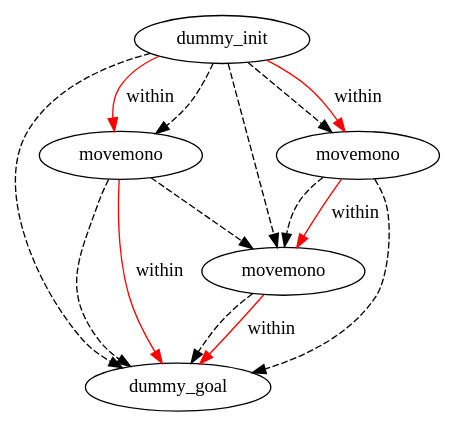
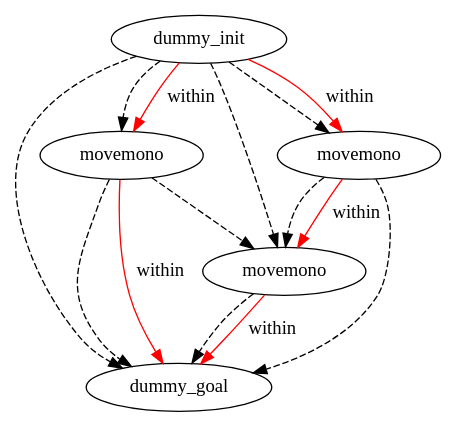
One commit to PetervDooren/PyDPOCL changed the diagram in plans/manipulation-domain/test_63_problem-plan_0.dot. Above: the diagram before and after it, drawn with Graphviz. The commit also changed 590 other files, not shown here.

```diff
--- a/plans/manipulation-domain/test_63_problem-plan_0.dot
+++ b/plans/manipulation-domain/test_63_problem-plan_0.dot
@@ -1,21 +1,21 @@
 digraph {
-	"c3cccb6d-f07a-f3f2-bf56-4782a1a14bfe" [label=dummy_init]
-	"4011d4cf-93f5-a46c-c2d0-ea5fadbea49e" [label=dummy_goal]
-	"5a02e12a-50c6-2ade-b3dc-bf2061496724" [label=movemono]
-	"93ac57ac-f6d0-d0c8-c58c-3673eff4fec9" [label=movemono]
-	"d51f1028-23a4-8149-49d8-38e00eb2d09f" [label=movemono]
-	"c3cccb6d-f07a-f3f2-bf56-4782a1a14bfe" -> "d51f1028-23a4-8149-49d8-38e00eb2d09f" [color=black style=dashed]
-	"c3cccb6d-f07a-f3f2-bf56-4782a1a14bfe" -> "5a02e12a-50c6-2ade-b3dc-bf2061496724" [color=black style=dashed]
-	"c3cccb6d-f07a-f3f2-bf56-4782a1a14bfe" -> "93ac57ac-f6d0-d0c8-c58c-3673eff4fec9" [color=black style=dashed]
-	"c3cccb6d-f07a-f3f2-bf56-4782a1a14bfe" -> "4011d4cf-93f5-a46c-c2d0-ea5fadbea49e" [color=black style=dashed]
-	"d51f1028-23a4-8149-49d8-38e00eb2d09f" -> "5a02e12a-50c6-2ade-b3dc-bf2061496724" [color=black style=dashed]
-	"d51f1028-23a4-8149-49d8-38e00eb2d09f" -> "4011d4cf-93f5-a46c-c2d0-ea5fadbea49e" [color=black style=dashed]
-	"93ac57ac-f6d0-d0c8-c58c-3673eff4fec9" -> "5a02e12a-50c6-2ade-b3dc-bf2061496724" [color=black style=dashed]
-	"93ac57ac-f6d0-d0c8-c58c-3673eff4fec9" -> "4011d4cf-93f5-a46c-c2d0-ea5fadbea49e" [color=black style=dashed]
-	"5a02e12a-50c6-2ade-b3dc-bf2061496724" -> "4011d4cf-93f5-a46c-c2d0-ea5fadbea49e" [color=black style=dashed]
-	"5a02e12a-50c6-2ade-b3dc-bf2061496724" -> "4011d4cf-93f5-a46c-c2d0-ea5fadbea49e" [label=within color=red]
-	"d51f1028-23a4-8149-49d8-38e00eb2d09f" -> "5a02e12a-50c6-2ade-b3dc-bf2061496724" [label=within color=red]
-	"c3cccb6d-f07a-f3f2-bf56-4782a1a14bfe" -> "d51f1028-23a4-8149-49d8-38e00eb2d09f" [label=within color=red]
-	"93ac57ac-f6d0-d0c8-c58c-3673eff4fec9" -> "4011d4cf-93f5-a46c-c2d0-ea5fadbea49e" [label=within color=red]
-	"c3cccb6d-f07a-f3f2-bf56-4782a1a14bfe" -> "93ac57ac-f6d0-d0c8-c58c-3673eff4fec9" [label=within color=red]
+	"cc48e730-b94b-428d-f3fa-0bef58ef1640" [label=dummy_init]
+	"e7afb1ef-a459-3a16-7662-9b28c90360db" [label=dummy_goal]
+	"36811afc-7b40-3586-d997-26f05d3ae178" [label=movemono]
+	"77b73f4f-6e96-d617-6da3-464ff217589a" [label=movemono]
+	"78f55528-530b-ff95-67e8-bd8a309e7c75" [label=movemono]
+	"36811afc-7b40-3586-d997-26f05d3ae178" -> "77b73f4f-6e96-d617-6da3-464ff217589a" [color=black style=dashed]
+	"78f55528-530b-ff95-67e8-bd8a309e7c75" -> "77b73f4f-6e96-d617-6da3-464ff217589a" [color=black style=dashed]
+	"cc48e730-b94b-428d-f3fa-0bef58ef1640" -> "e7afb1ef-a459-3a16-7662-9b28c90360db" [color=black style=dashed]
+	"cc48e730-b94b-428d-f3fa-0bef58ef1640" -> "36811afc-7b40-3586-d997-26f05d3ae178" [color=black style=dashed]
+	"cc48e730-b94b-428d-f3fa-0bef58ef1640" -> "78f55528-530b-ff95-67e8-bd8a309e7c75" [color=black style=dashed]
+	"77b73f4f-6e96-d617-6da3-464ff217589a" -> "e7afb1ef-a459-3a16-7662-9b28c90360db" [color=black style=dashed]
+	"78f55528-530b-ff95-67e8-bd8a309e7c75" -> "e7afb1ef-a459-3a16-7662-9b28c90360db" [color=black style=dashed]
+	"36811afc-7b40-3586-d997-26f05d3ae178" -> "e7afb1ef-a459-3a16-7662-9b28c90360db" [color=black style=dashed]
+	"cc48e730-b94b-428d-f3fa-0bef58ef1640" -> "77b73f4f-6e96-d617-6da3-464ff217589a" [color=black style=dashed]
+	"cc48e730-b94b-428d-f3fa-0bef58ef1640" -> "78f55528-530b-ff95-67e8-bd8a309e7c75" [label=within color=red]
+	"78f55528-530b-ff95-67e8-bd8a309e7c75" -> "77b73f4f-6e96-d617-6da3-464ff217589a" [label=within color=red]
+	"36811afc-7b40-3586-d997-26f05d3ae178" -> "e7afb1ef-a459-3a16-7662-9b28c90360db" [label=within color=red]
+	"cc48e730-b94b-428d-f3fa-0bef58ef1640" -> "36811afc-7b40-3586-d997-26f05d3ae178" [label=within color=red]
+	"77b73f4f-6e96-d617-6da3-464ff217589a" -> "e7afb1ef-a459-3a16-7662-9b28c90360db" [label=within color=red]
 }
```
